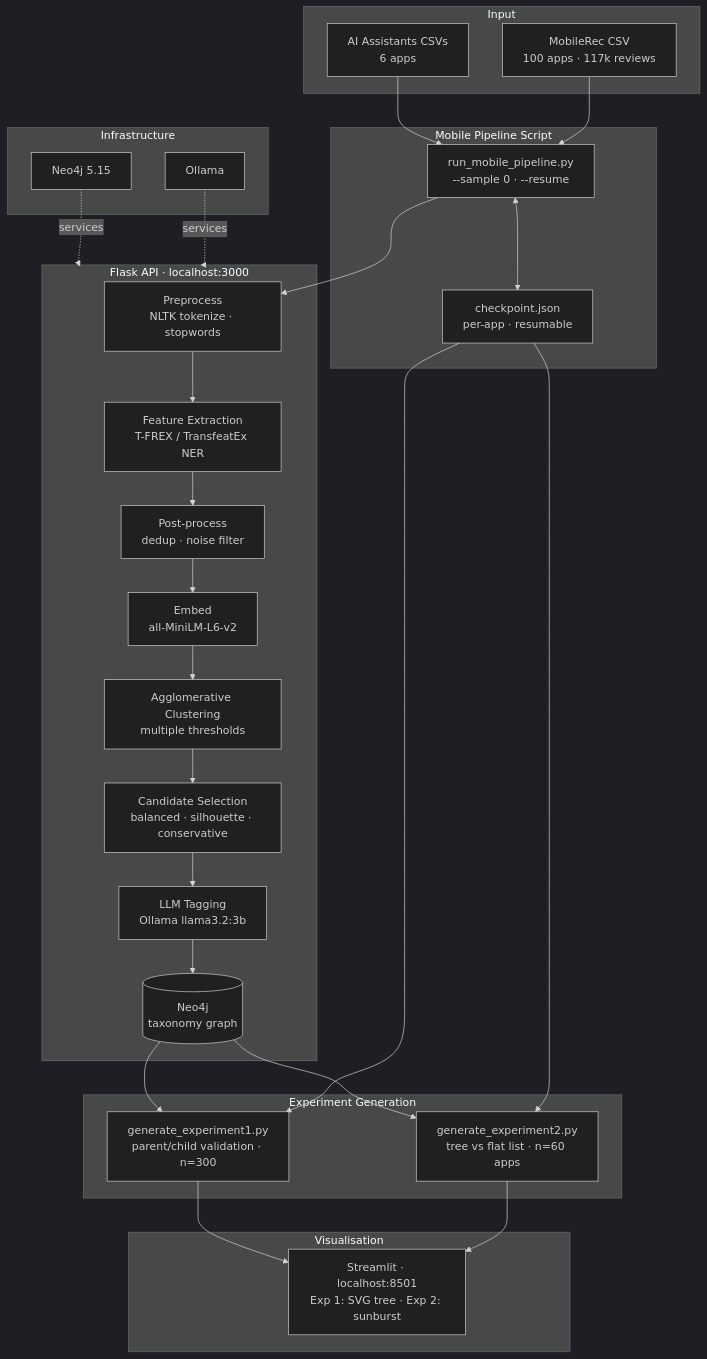
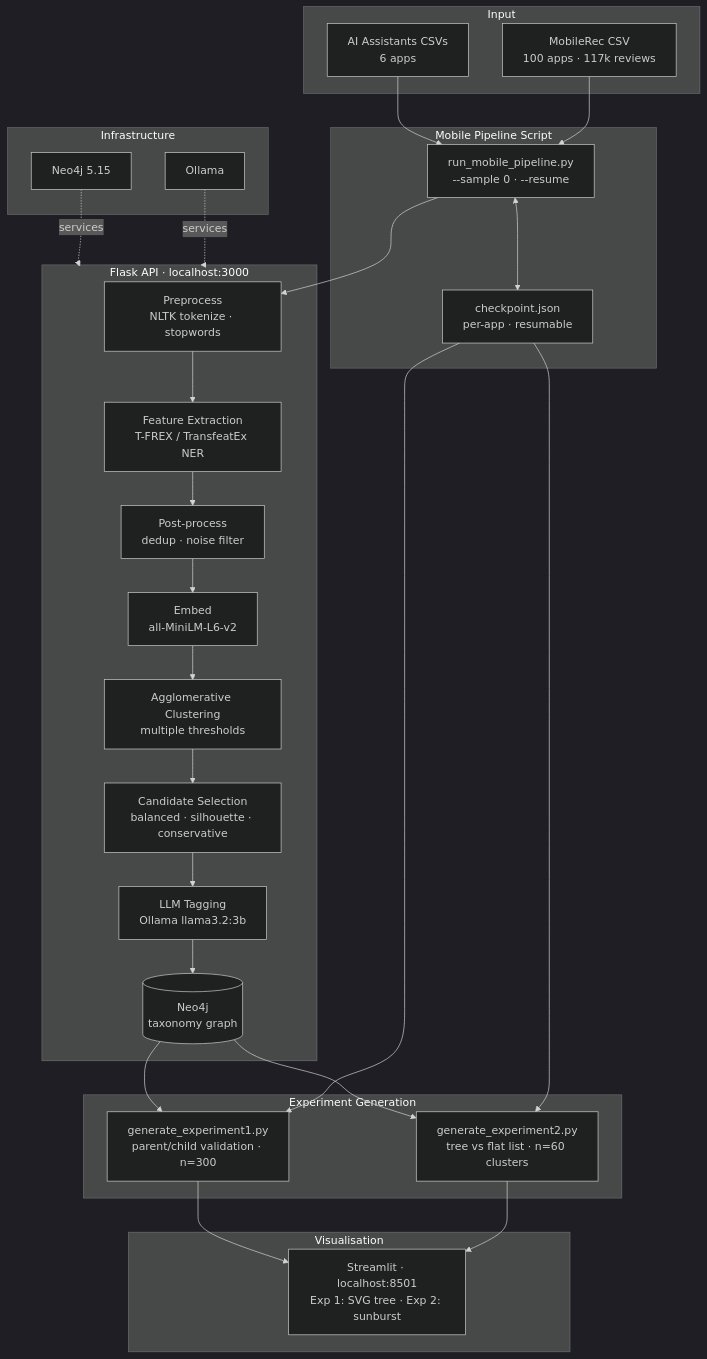
Before and after one commit to nlp4se/FeClustRE: the diagram in Readme.md, drawn with Mermaid (dark theme). The commit also changed other lines of this file and 16 other files, not shown here.

````diff
--- a/Readme.md
+++ b/Readme.md
@@ -15,45 +15,45 @@
 ```mermaid
 flowchart TD
     subgraph INPUT["Input"]
         A1[AI Assistants CSVs\n6 apps]
         A2[MobileRec CSV\n100 apps · 117k reviews]
     end
 
     subgraph API["Flask API · localhost:3000"]
         B1[Preprocess\nNLTK tokenize · stopwords]
         B2[Feature Extraction\nT-FREX / TransfeatEx NER]
         B3[Post-process\ndedup · noise filter]
         B4[Embed\nall-MiniLM-L6-v2]
         B5[Agglomerative Clustering\nmultiple thresholds]
         B6[Candidate Selection\nbalanced · silhouette · conservative]
         B7[LLM Tagging\nOllama llama3.2:3b]
         B8[(Neo4j\ntaxonomy graph)]
     end
 
     subgraph PIPELINE["Mobile Pipeline Script"]
         C1[run_mobile_pipeline.py\n--sample 0 · --resume]
         C2[checkpoint.json\nper-app · resumable]
     end
 
     subgraph EXPERIMENTS["Experiment Generation"]
         D1[generate_experiment1.py\nparent/child validation · n=300]
-        D2[generate_experiment2.py\ntree vs flat list · n=60 apps]
+        D2[generate_experiment2.py\ntree vs flat list · n=60 clusters]
     end
 
     subgraph VIZ["Visualisation"]
         E1[Streamlit · localhost:8501\nExp 1: SVG tree · Exp 2: sunburst]
     end
 
     subgraph INFRA["Infrastructure"]
         F1[Neo4j 5.15]
         F2[Ollama]
     end
 
     A1 & A2 --> C1
     C1 --> B1 --> B2 --> B3 --> B4 --> B5 --> B6 --> B7 --> B8
     C1 <--> C2
     B8 --> D1 & D2
     C2 --> D1 & D2
     D1 & D2 --> E1
     F1 & F2 -.->|services| API
 ```
````
